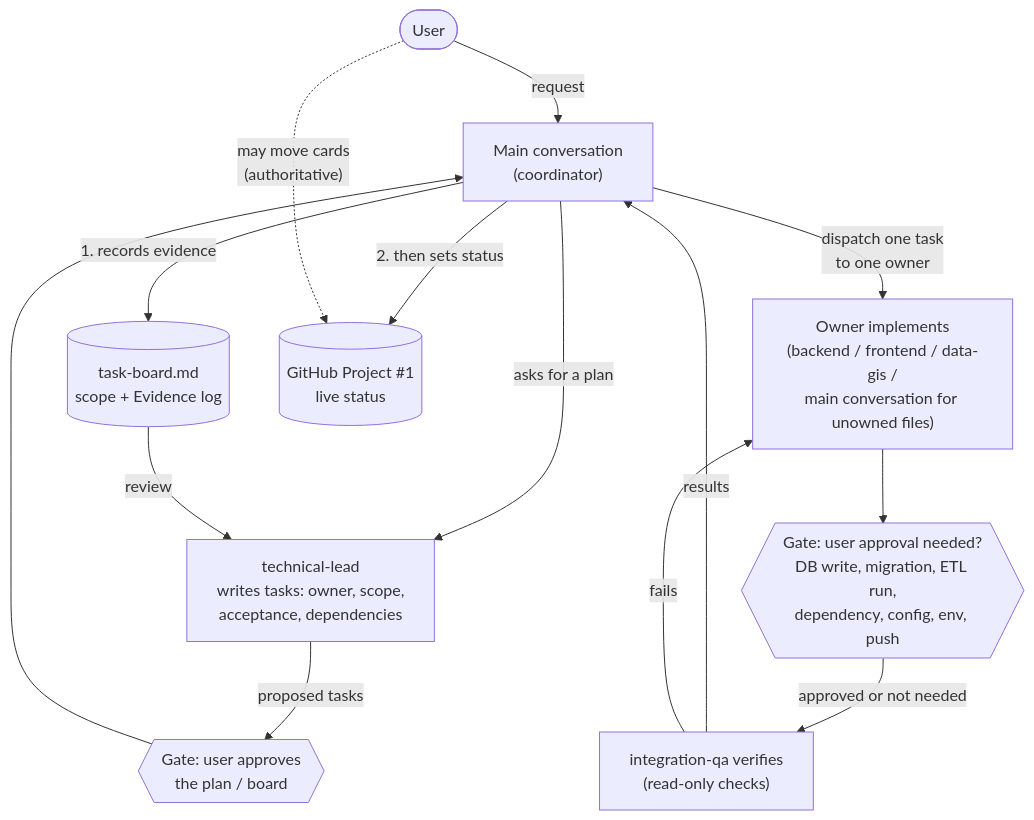
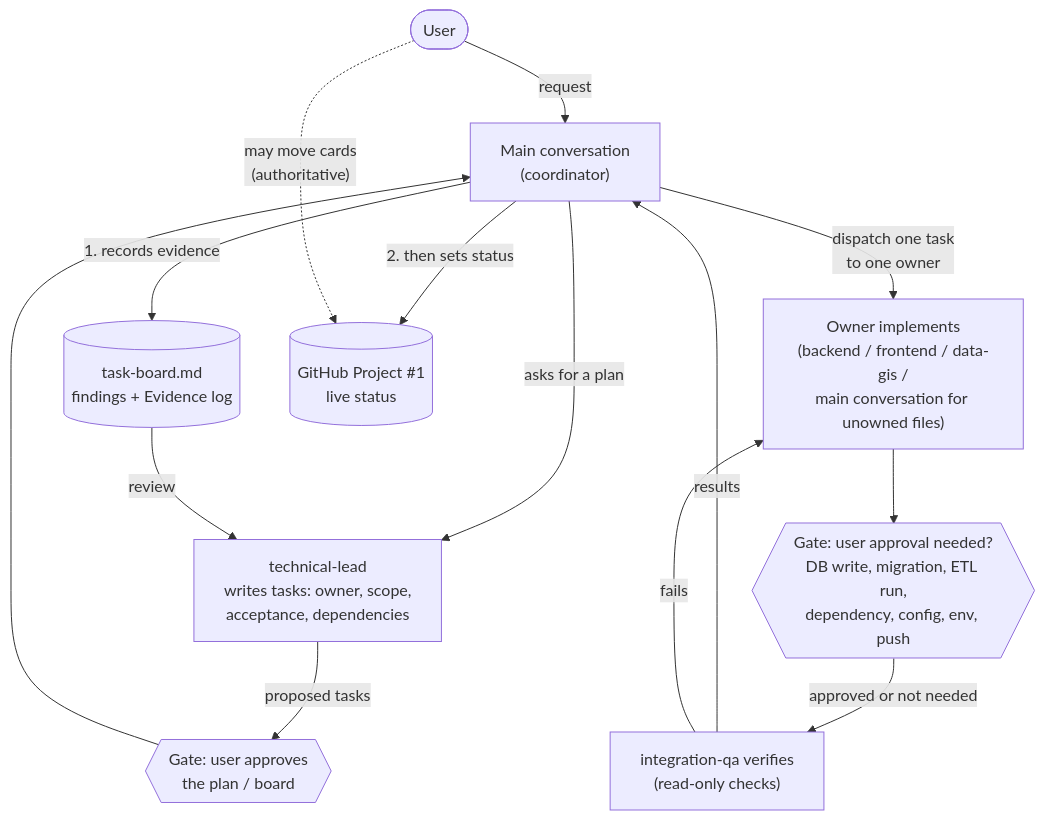
One commit to adrianfarhat/orlando-infrastructure-etl changed the seventh of 7 diagrams in docs/agents/development-status.md. Above: the diagram before and after it, drawn with Mermaid. The commit also changed other lines of this file and 3 other files, not shown here.

First line of the commit message:
Make GitHub Project the source of truth for task fields; restructure task board (#3)

````diff
--- a/docs/agents/development-status.md
+++ b/docs/agents/development-status.md
@@ -294,17 +294,17 @@
 ```mermaid
 flowchart TD
   %% diagram-type: process
   U(["User"]) -->|"request"| MC["Main conversation<br/>(coordinator)"]
   MC -->|"asks for a plan"| TL["technical-lead<br/>writes tasks: owner, scope,<br/>acceptance, dependencies"]
   TL -->|"proposed tasks"| G1{{"Gate: user approves<br/>the plan / board"}}
   G1 --> MC
   MC -->|"dispatch one task<br/>to one owner"| OW["Owner implements<br/>(backend / frontend / data-gis /<br/>main conversation for unowned files)"]
   OW --> G2{{"Gate: user approval needed?<br/>DB write, migration, ETL run,<br/>dependency, config, env, push"}}
   G2 -->|"approved or not needed"| QA["integration-qa verifies<br/>(read-only checks)"]
   QA -->|"results"| MC
-  MC -->|"1. records evidence"| BOARD[("task-board.md<br/>scope + Evidence log")]
+  MC -->|"1. records evidence"| BOARD[("task-board.md<br/>findings + Evidence log")]
   MC -->|"2. then sets status"| PROJ[("GitHub Project #1<br/>live status")]
   U -.->|"may move cards<br/>(authoritative)"| PROJ
   BOARD -->|"review"| TL
   QA -->|"fails"| OW
 ```
````
